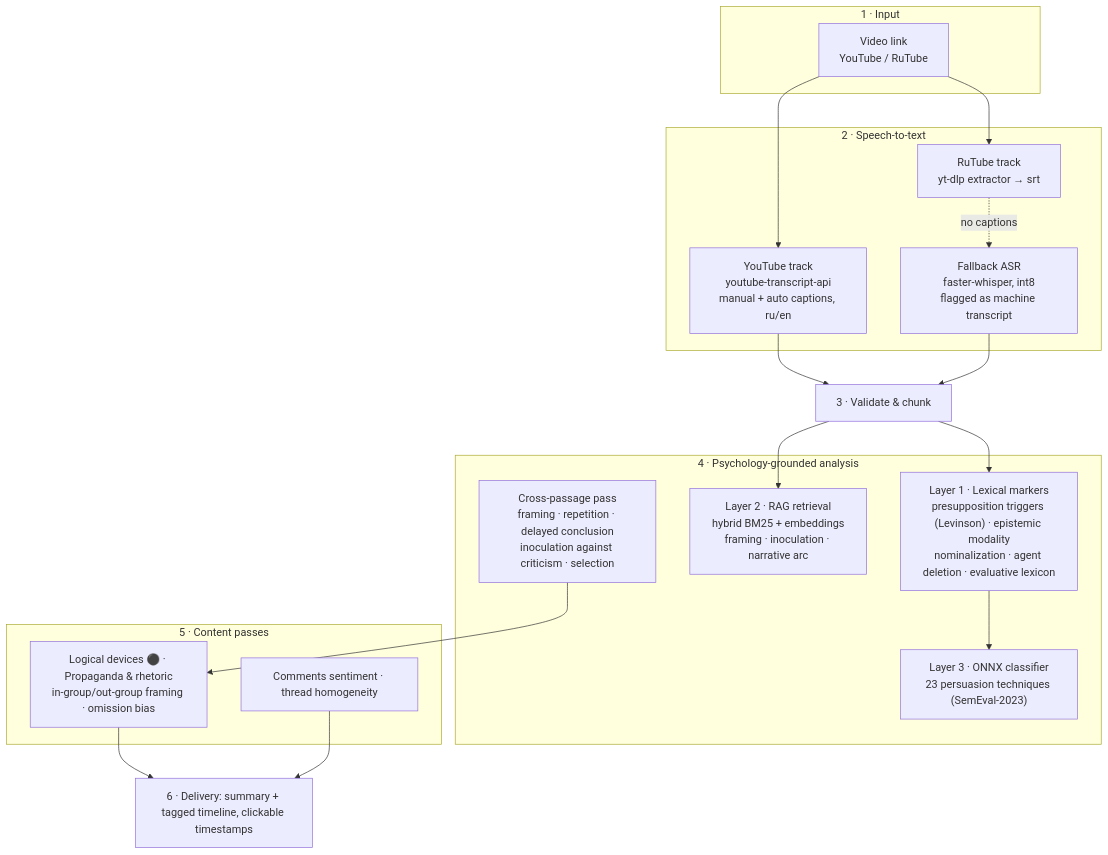
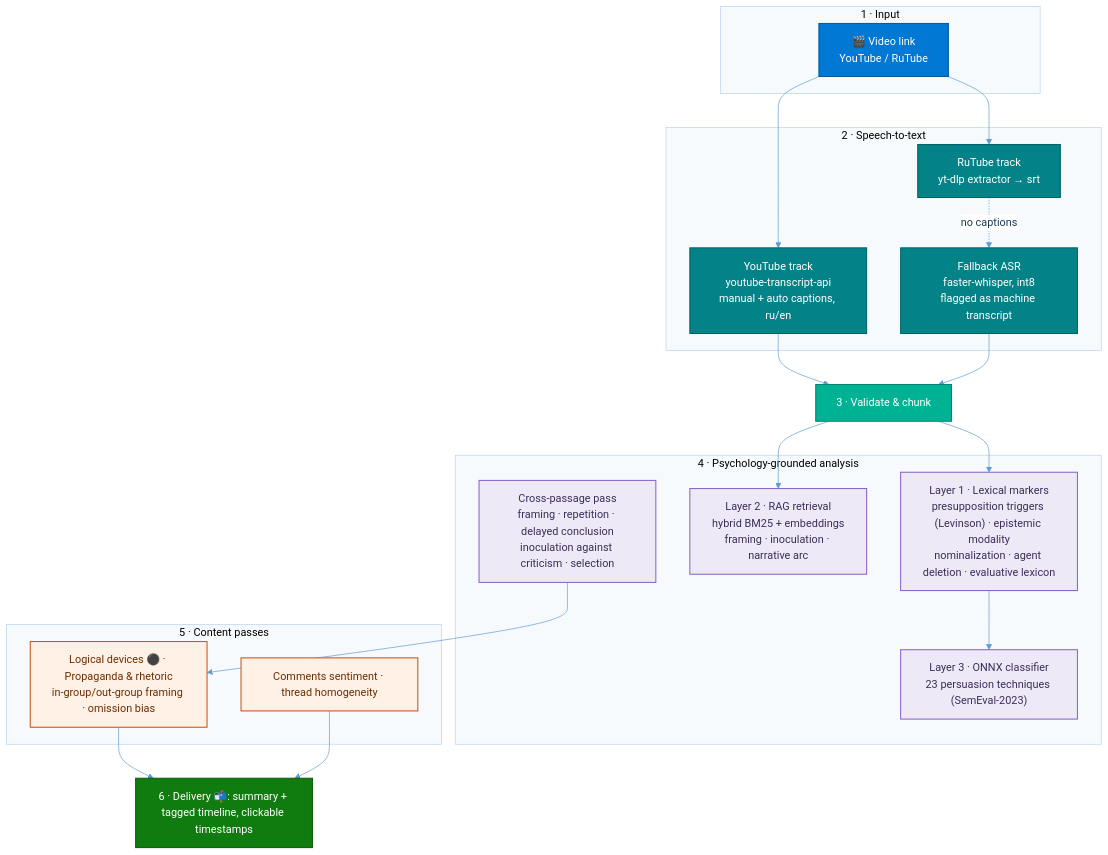
The diagram in README.md (AlexShutov/BrainHackAnalyzeHermesSkill), drawn with Mermaid before and after one commit. The commit also changed other lines of this file and 2 other files, not shown here.

Commit message:
Diagram: light Microsoft-Fluent style (blue/teal/purple/orange/green), vivid PNG + colored mermaid in README

````diff
--- a/README.md
+++ b/README.md
@@ -21,32 +21,48 @@
 ```mermaid
+%%{init: {"theme":"base","themeVariables":{"background":"#FFFFFF","fontFamily":"Segoe UI, Arial, sans-serif","primaryColor":"#E8F1FB","primaryTextColor":"#1B3A57","primaryBorderColor":"#0078D4","lineColor":"#5B9BD5","clusterBkg":"#F7FAFD","clusterBorder":"#B8D4EE","edgeLabelBackground":"#FFFFFF"},"flowchart":{"curve":"basis","htmlLabels":true}}}%%
 flowchart TB
+    classDef input fill:#0078D4,stroke:#005A9E,color:#FFFFFF,stroke-width:1.5px
+    classDef stt fill:#038387,stroke:#026364,color:#FFFFFF,stroke-width:1.5px
+    classDef stage fill:#00B294,stroke:#008272,color:#FFFFFF,stroke-width:1.5px
+    classDef psy fill:#EEE9F7,stroke:#8661C5,color:#3B2E58,stroke-width:1.5px
+    classDef decide fill:#FFD966,stroke:#C19C00,color:#3B2E00,stroke-width:1.5px
+    classDef pass fill:#FFF1E6,stroke:#CA5010,color:#6B2E00,stroke-width:1.5px
+    classDef out fill:#107C10,stroke:#0B5A0B,color:#FFFFFF,stroke-width:1.5px
+
     subgraph IN["1 · Input"]
-        URL["Video link<br/>YouTube / RuTube"]
+        URL["🎬 Video link<br/>YouTube / RuTube"]
     end
     subgraph TR["2 · Speech-to-text"]
         YT["YouTube track<br/>youtube-transcript-api<br/>manual + auto captions, ru/en"]
         RT["RuTube track<br/>yt-dlp extractor → srt"]
         WH["Fallback ASR<br/>faster-whisper, int8<br/>flagged as machine transcript"]
     end
     VAL["3 · Validate & chunk"]
     subgraph PSY["4 · Psychology-grounded analysis"]
         MARK["Layer 1 · Lexical markers<br/>presupposition triggers (Levinson) · epistemic modality<br/>nominalization · agent deletion · evaluative lexicon"]
         RAG["Layer 2 · RAG retrieval<br/>hybrid BM25 + embeddings<br/>framing · inoculation · narrative arc"]
         CLF["Layer 3 · ONNX classifier<br/>23 persuasion techniques (SemEval-2023)"]
         CROSS["Cross-passage pass<br/>framing · repetition · delayed conclusion<br/>inoculation against criticism · selection"]
     end
     subgraph PASS["5 · Content passes"]
         L1["Logical devices ⚫ · Propaganda & rhetoric<br/>in-group/out-group framing · omission bias"]
         COM["Comments sentiment · thread homogeneity"]
     end
-    OUT["6 · Delivery: summary + tagged timeline, clickable timestamps"]
+    OUT["6 · Delivery 📬: summary + tagged timeline, clickable timestamps"]
     URL --> YT & RT
     YT --> VAL
     RT -. no captions .-> WH
     WH --> VAL
     VAL --> MARK & RAG
     MARK --> CLF
     CROSS --> L1
     L1 --> OUT
     COM --> OUT
+
+    class URL input
+    class YT,RT,WH stt
+    class VAL stage
+    class MARK,RAG,CLF,CROSS psy
+    class L1,COM pass
+    class OUT out
 ```
````
